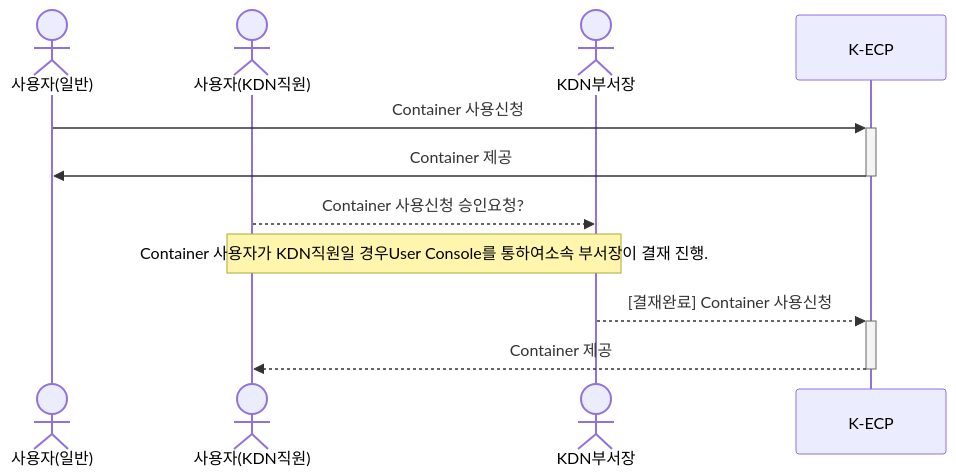
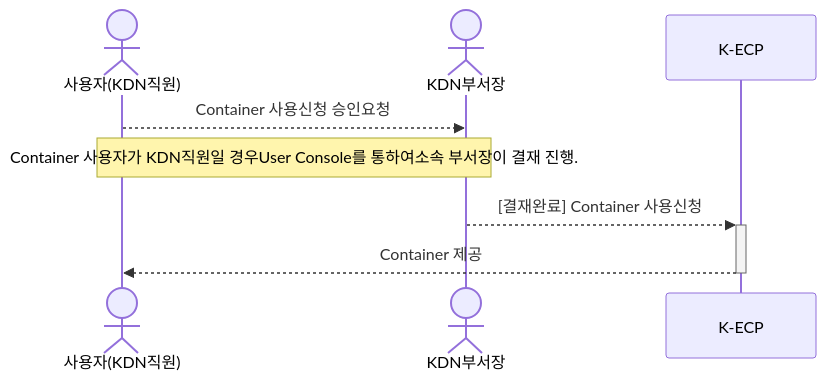
The first of 2 diagrams in mdfiles/Container_started.md (KDN-ECP/guidebooks), drawn with Mermaid before and after one commit. The commit also changed other lines of this file and 2 other files, not shown here.

````diff
--- a/mdfiles/Container_started.md
+++ b/mdfiles/Container_started.md
@@ -43,12 +45,9 @@
 ```mermaid
 sequenceDiagram
-  actor 사용자(일반)
   actor 사용자(KDN직원)
   actor KDN부서장
-  사용자(일반) ->>+ K-ECP: Container 사용신청
-  K-ECP ->>- 사용자(일반): Container 제공
-  사용자(KDN직원) -->> KDN부서장: Container 사용신청 승인요청?
+  사용자(KDN직원) -->> KDN부서장: Container 사용신청 승인요청
   Note over 사용자(KDN직원), KDN부서장: Container 사용자가 KDN직원일 경우User Console를 통하여소속 부서장이 결재 진행.
   KDN부서장 -->>+ K-ECP: [결재완료] Container 사용신청
   K-ECP -->>- 사용자(KDN직원): Container 제공
 ```
````
